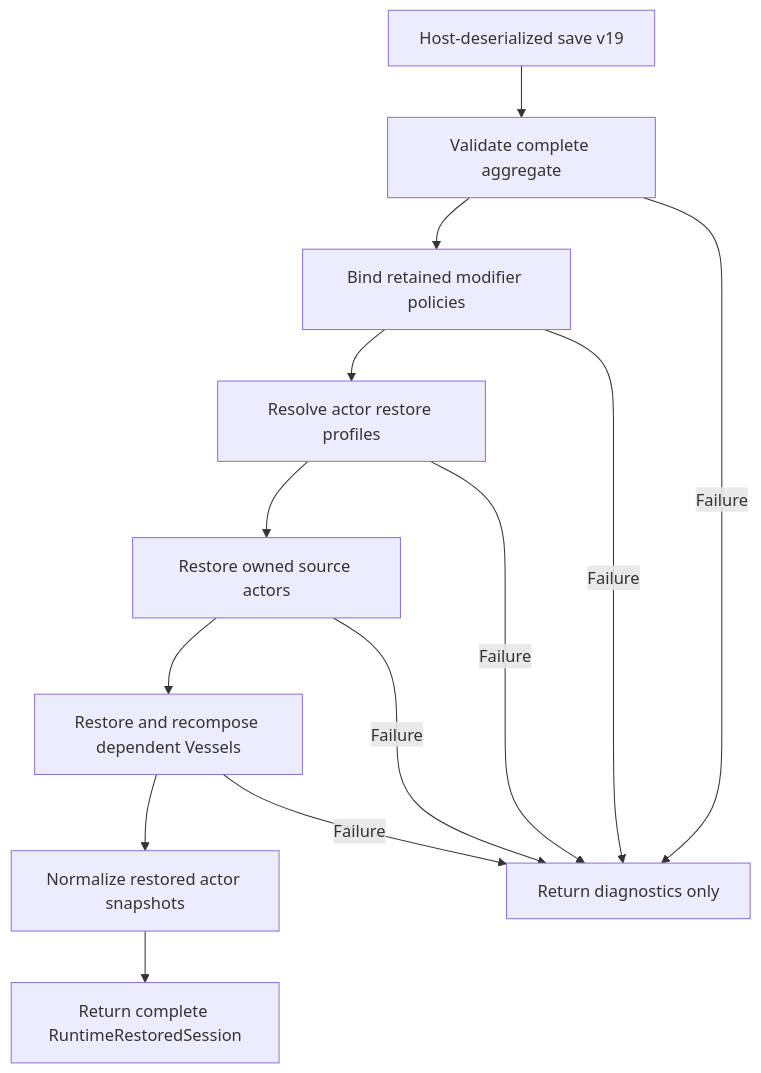
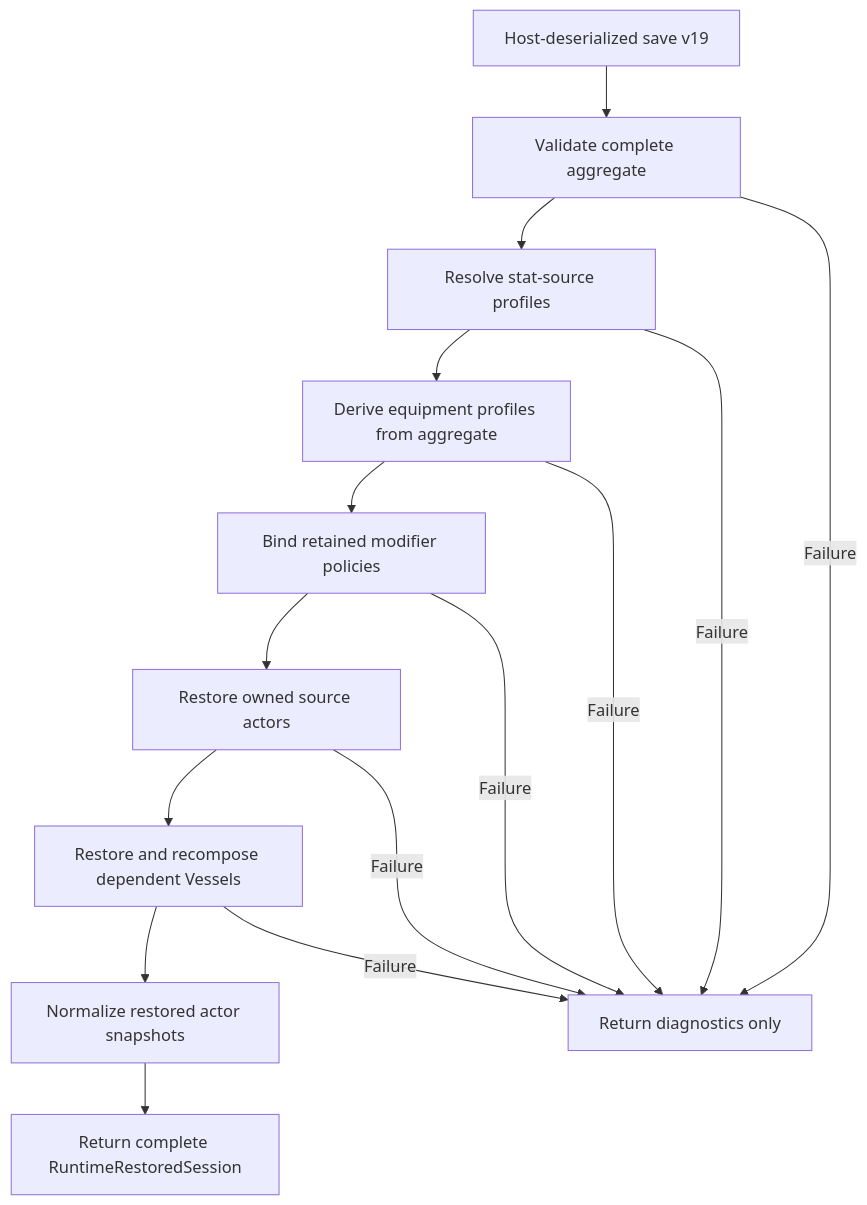
One commit to KayelC/Convergence changed the fifth of 5 diagrams in docs/developer-guide/actors-and-runtime-state.md. Above: the diagram before and after it, drawn with Mermaid. The commit also changed other lines of this file and 14 other files, not shown here.

Commit message:
runtime: derive equipment during session restore

````diff
--- a/docs/developer-guide/actors-and-runtime-state.md
+++ b/docs/developer-guide/actors-and-runtime-state.md
@@ -365,15 +366,17 @@
 ```mermaid
 flowchart TD
     Save["Host-deserialized save v19"] --> Validate["Validate complete aggregate"]
-    Validate --> Modifiers["Bind retained modifier policies"]
-    Modifiers --> Profiles["Resolve actor restore profiles"]
-    Profiles --> Sources["Restore owned source actors"]
+    Validate --> Profiles["Resolve stat-source profiles"]
+    Profiles --> Equipment["Derive equipment profiles from aggregate"]
+    Equipment --> Modifiers["Bind retained modifier policies"]
+    Modifiers --> Sources["Restore owned source actors"]
     Sources --> Vessels["Restore and recompose dependent Vessels"]
     Vessels --> Normalize["Normalize restored actor snapshots"]
     Normalize --> Session["Return complete RuntimeRestoredSession"]
     Validate -->|Failure| Reject["Return diagnostics only"]
+    Profiles -->|Failure| Reject
+    Equipment -->|Failure| Reject
     Modifiers -->|Failure| Reject
-    Profiles -->|Failure| Reject
     Sources -->|Failure| Reject
     Vessels -->|Failure| Reject
 ```
````
